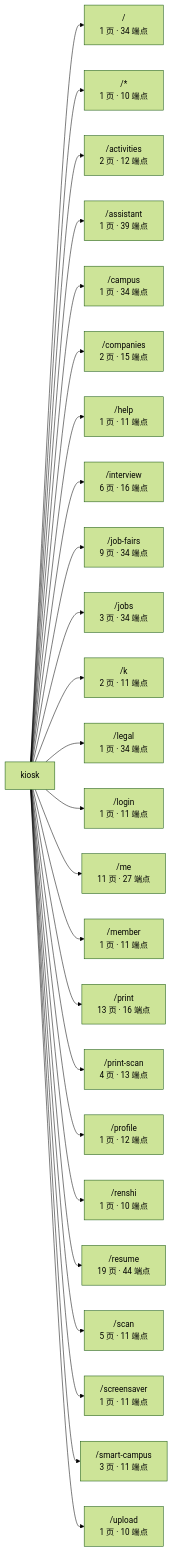
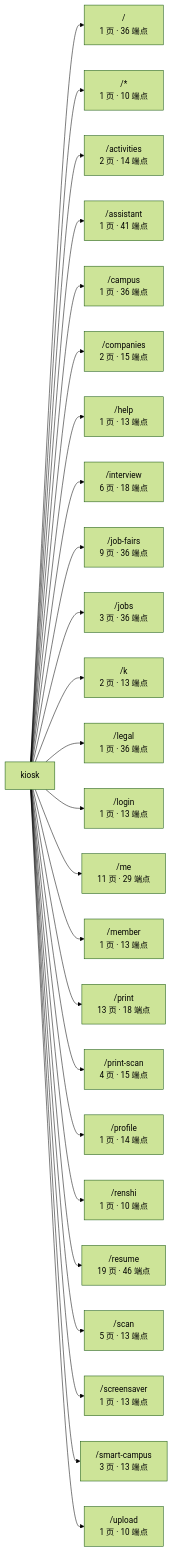
The first of 3 diagrams in docs/graph/routes.md (wanglei581/YITIJI), drawn with Mermaid (forest theme) before and after one commit. The commit also changed other lines of this file and 23 other files, not shown here.

````diff
--- a/docs/graph/routes.md
+++ b/docs/graph/routes.md
@@ -17,28 +17,28 @@
 ```mermaid
 flowchart LR
   app["kiosk"]
-  app --> _root_["/<br/>1 页 · 34 端点"]
+  app --> _root_["/<br/>1 页 · 36 端点"]
   app --> _["/*<br/>1 页 · 10 端点"]
-  app --> activities["/activities<br/>2 页 · 12 端点"]
-  app --> assistant["/assistant<br/>1 页 · 39 端点"]
-  app --> campus["/campus<br/>1 页 · 34 端点"]
+  app --> activities["/activities<br/>2 页 · 14 端点"]
+  app --> assistant["/assistant<br/>1 页 · 41 端点"]
+  app --> campus["/campus<br/>1 页 · 36 端点"]
   app --> companies["/companies<br/>2 页 · 15 端点"]
-  app --> help["/help<br/>1 页 · 11 端点"]
-  app --> interview["/interview<br/>6 页 · 16 端点"]
-  app --> job_fairs["/job-fairs<br/>9 页 · 34 端点"]
-  app --> jobs["/jobs<br/>3 页 · 34 端点"]
-  app --> k["/k<br/>2 页 · 11 端点"]
-  app --> legal["/legal<br/>1 页 · 34 端点"]
-  app --> login["/login<br/>1 页 · 11 端点"]
-  app --> me["/me<br/>11 页 · 27 端点"]
-  app --> member["/member<br/>1 页 · 11 端点"]
-  app --> print["/print<br/>13 页 · 16 端点"]
-  app --> print_scan["/print-scan<br/>4 页 · 13 端点"]
-  app --> profile["/profile<br/>1 页 · 12 端点"]
+  app --> help["/help<br/>1 页 · 13 端点"]
+  app --> interview["/interview<br/>6 页 · 18 端点"]
+  app --> job_fairs["/job-fairs<br/>9 页 · 36 端点"]
+  app --> jobs["/jobs<br/>3 页 · 36 端点"]
+  app --> k["/k<br/>2 页 · 13 端点"]
+  app --> legal["/legal<br/>1 页 · 36 端点"]
+  app --> login["/login<br/>1 页 · 13 端点"]
+  app --> me["/me<br/>11 页 · 29 端点"]
+  app --> member["/member<br/>1 页 · 13 端点"]
+  app --> print["/print<br/>13 页 · 18 端点"]
+  app --> print_scan["/print-scan<br/>4 页 · 15 端点"]
+  app --> profile["/profile<br/>1 页 · 14 端点"]
   app --> renshi["/renshi<br/>1 页 · 10 端点"]
-  app --> resume["/resume<br/>19 页 · 44 端点"]
-  app --> scan["/scan<br/>5 页 · 11 端点"]
-  app --> screensaver["/screensaver<br/>1 页 · 11 端点"]
-  app --> smart_campus["/smart-campus<br/>3 页 · 11 端点"]
+  app --> resume["/resume<br/>19 页 · 46 端点"]
+  app --> scan["/scan<br/>5 页 · 13 端点"]
+  app --> screensaver["/screensaver<br/>1 页 · 13 端点"]
+  app --> smart_campus["/smart-campus<br/>3 页 · 13 端点"]
   app --> upload["/upload<br/>1 页 · 10 端点"]
 ```
````
